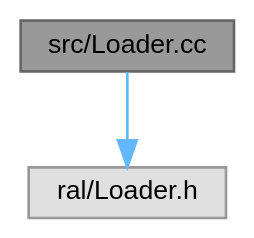
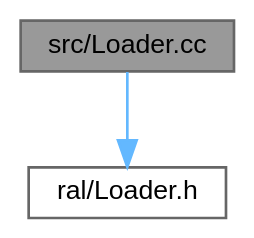
The diagram in docs/Loader_8cc__incl.dot (Juanki0396/ral), drawn with Graphviz before and after one commit. The commit also changed 59 other files, not shown here.

```diff
--- a/docs/Loader_8cc__incl.dot
+++ b/docs/Loader_8cc__incl.dot
@@ -1,10 +1,10 @@
 digraph "src/Loader.cc"
 {
  // LATEX_PDF_SIZE
   bgcolor="transparent";
   edge [fontname=Helvetica,fontsize=10,labelfontname=Helvetica,labelfontsize=10];
   node [fontname=Helvetica,fontsize=10,shape=box,height=0.2,width=0.4];
   Node1 [id="Node000001",label="src/Loader.cc",height=0.2,width=0.4,color="gray40", fillcolor="grey60", style="filled", fontcolor="black",tooltip=" "];
   Node1 -> Node2 [id="edge1_Node000001_Node000002",color="steelblue1",style="solid",tooltip=" "];
-  Node2 [id="Node000002",label="ral/Loader.h",height=0.2,width=0.4,color="grey60", fillcolor="#E0E0E0", style="filled",tooltip=" "];
+  Node2 [id="Node000002",label="ral/Loader.h",height=0.2,width=0.4,color="grey40", fillcolor="white", style="filled",URL="$Loader_8h.html",tooltip=" "];
 }
```
